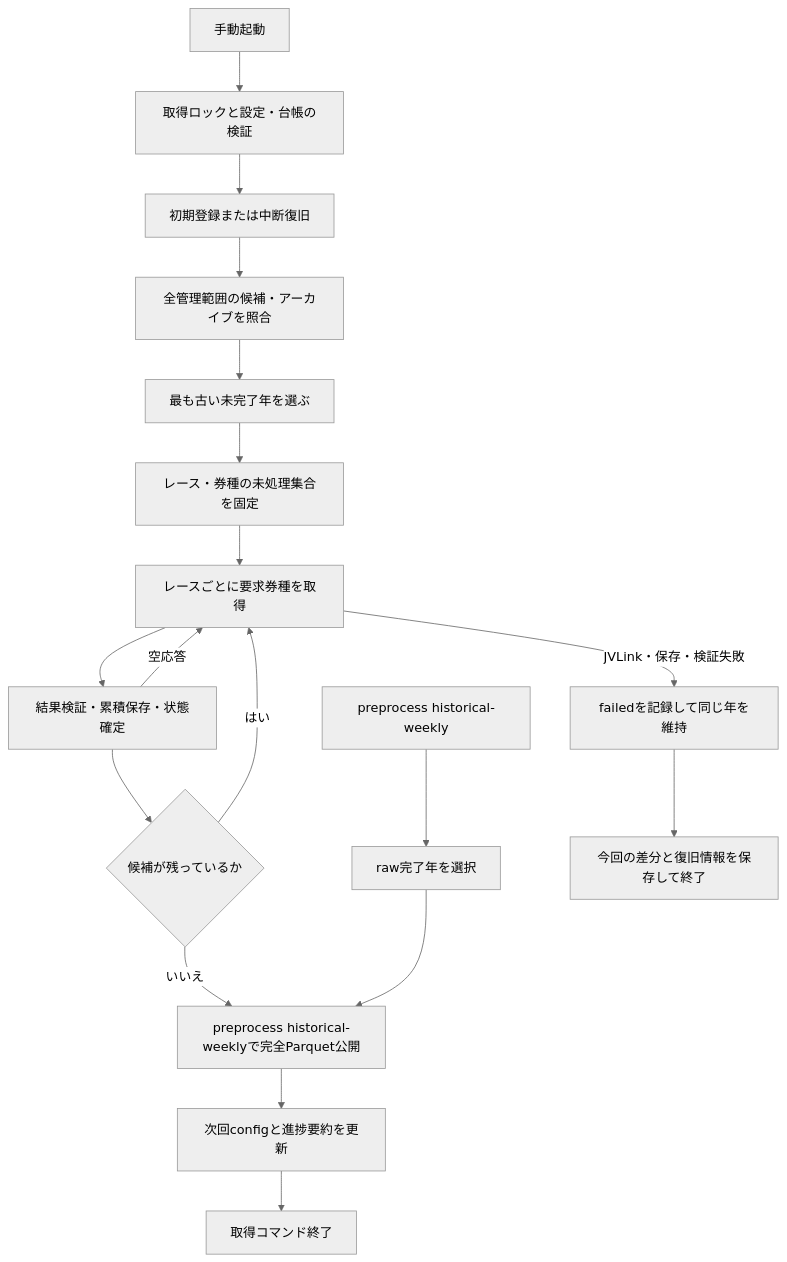
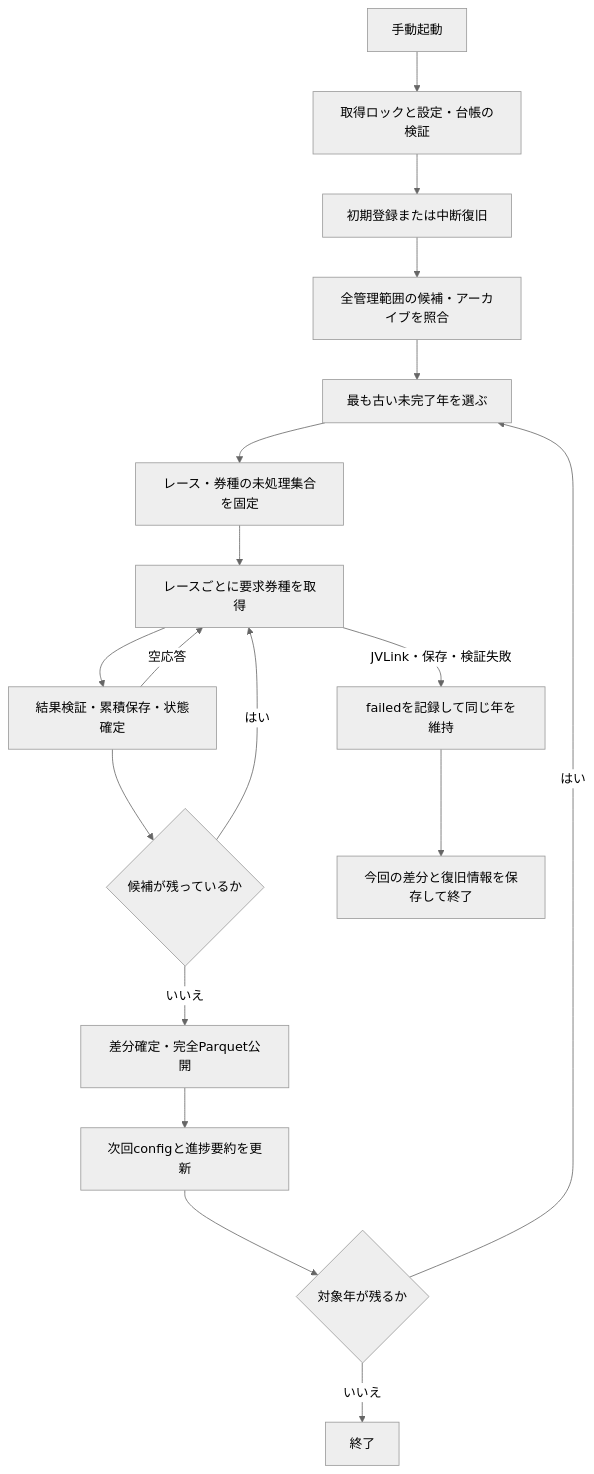
The diagram in docs/jra-van-acquisition-design.md (Tom0llow/keiba-ai), drawn with Mermaid (neutral theme) before and after one commit. The commit also changed other lines of this file and 15 other files, not shown here.

````diff
--- a/docs/jra-van-acquisition-design.md
+++ b/docs/jra-van-acquisition-design.md
@@ -201,20 +203,20 @@
 ```mermaid
 flowchart TD
     A[手動起動] --> B[取得ロックと設定・台帳の検証]
     B --> C[初期登録または中断復旧]
     C --> R[全管理範囲の候補・アーカイブを照合]
     R --> D[最も古い未完了年を選ぶ]
     D --> E[レース・券種の未処理集合を固定]
     E --> F[レースごとに要求券種を取得]
     F --> G[結果検証・累積保存・状態確定]
     G --> H{候補が残っているか}
     H -->|はい| F
-    H -->|いいえ| I[preprocess historical-weeklyで完全Parquet公開]
+    H -->|いいえ| I[差分確定・完全Parquet公開]
     I --> J[次回configと進捗要約を更新]
-    J --> O[取得コマンド終了]
-    P[preprocess historical-weekly] --> Q[raw完了年を選択]
-    Q --> I
+    J --> N{対象年が残るか}
+    N -->|はい| D
+    N -->|いいえ| O[終了]
     G -->|空応答| F
     F -->|JVLink・保存・検証失敗| K[failedを記録して同じ年を維持]
     K --> L[今回の差分と復旧情報を保存して終了]
 ```
````
